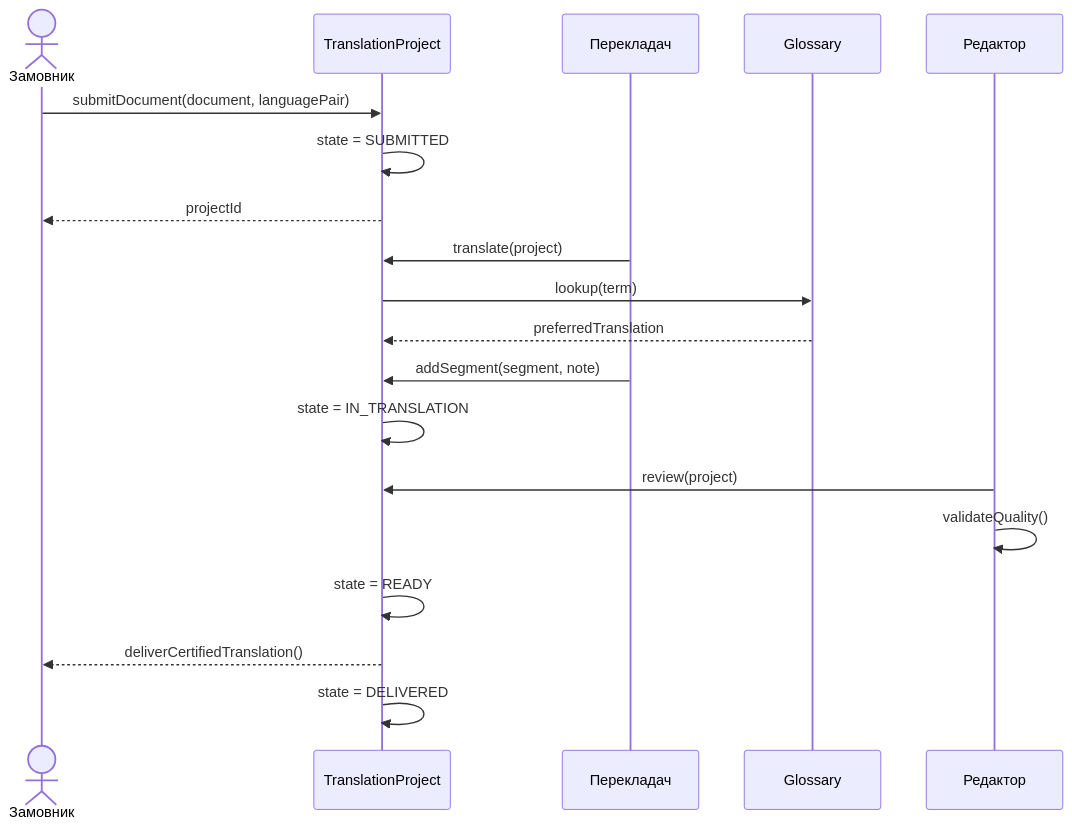
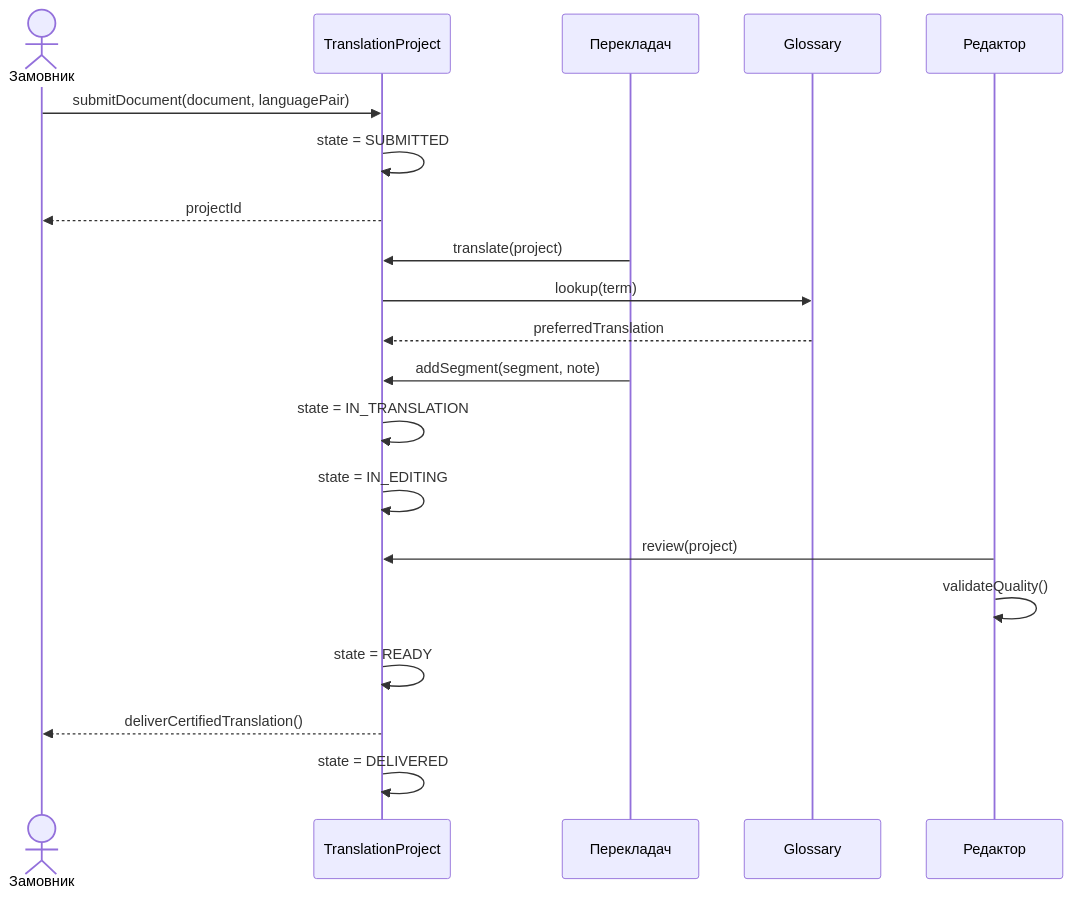
One commit to tetoraillia/translationservice changed the diagram in docs/sequence.mmd. Above: the diagram before and after it, drawn with Mermaid. The commit also changed 5 other files, not shown here.

Commit message:
Align sequence with project state lifecycle

```diff
--- a/docs/sequence.mmd
+++ b/docs/sequence.mmd
@@ -1,20 +1,21 @@
 sequenceDiagram
   actor Customer as Замовник
   participant Project as TranslationProject
   participant Translator as Перекладач
   participant Glossary as Glossary
   participant Editor as Редактор
 
   Customer->>Project: submitDocument(document, languagePair)
   Project->>Project: state = SUBMITTED
   Project-->>Customer: projectId
   Translator->>Project: translate(project)
   Project->>Glossary: lookup(term)
   Glossary-->>Project: preferredTranslation
   Translator->>Project: addSegment(segment, note)
   Project->>Project: state = IN_TRANSLATION
+  Project->>Project: state = IN_EDITING
   Editor->>Project: review(project)
   Editor->>Editor: validateQuality()
   Project->>Project: state = READY
   Project-->>Customer: deliverCertifiedTranslation()
   Project->>Project: state = DELIVERED
```
